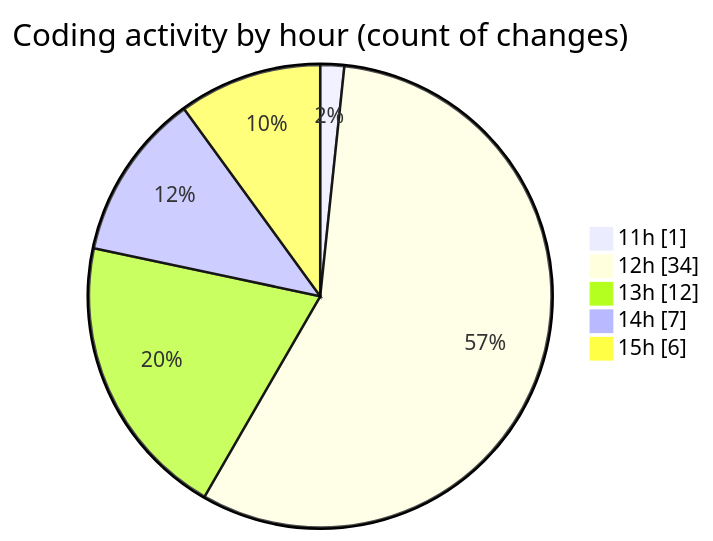
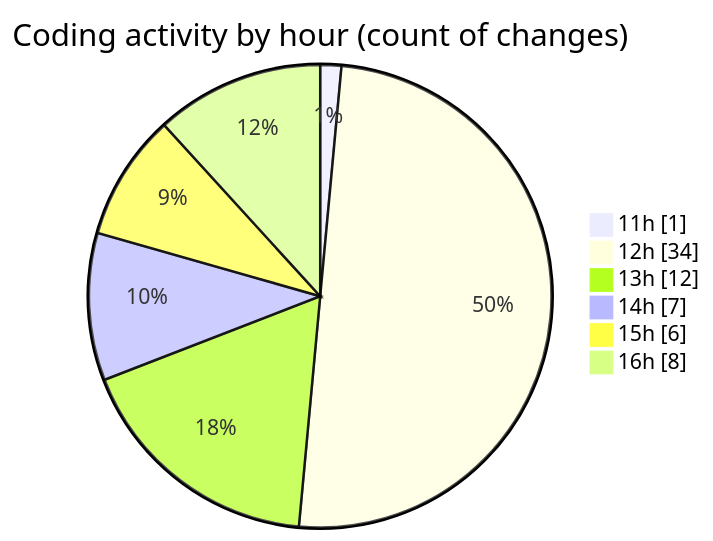
Before and after one commit to nxtqubesakshisongat/code-tracking: the second of 2 diagrams in 2025-07-25/nxtqube_webapp/README.md, drawn with Mermaid. The commit also changed other lines of this file and 1 other file, not shown here.

````diff
--- a/2025-07-25/nxtqube_webapp/README.md
+++ b/2025-07-25/nxtqube_webapp/README.md
@@ -42,9 +42,10 @@
 ```mermaid
 pie showData
 title Coding activity by hour (count of changes)
 "11h" : 1
 "12h" : 34
 "13h" : 12
 "14h" : 7
 "15h" : 6
+"16h" : 8
 ```
````
